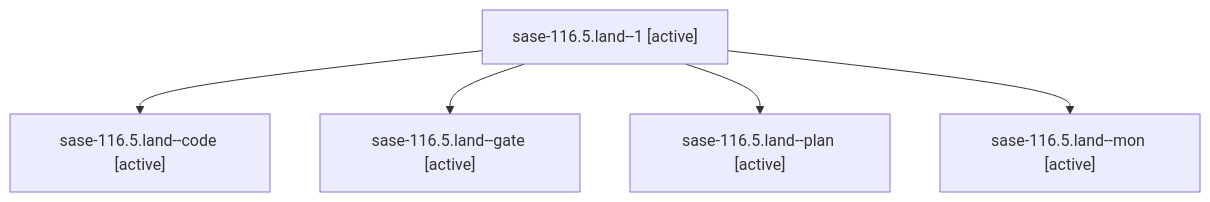
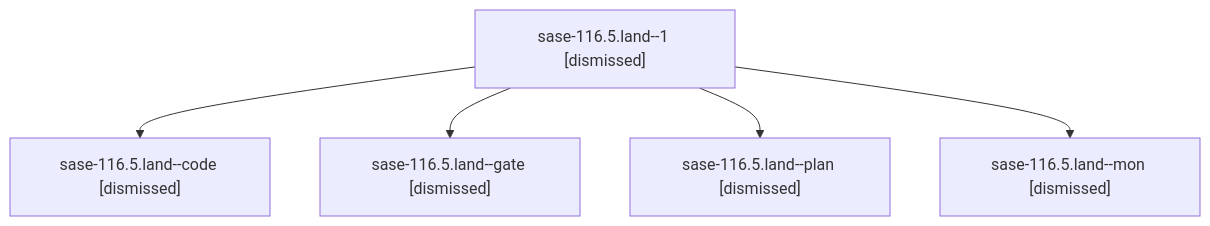
One commit to sase-org/sase--agents changed the diagram in sessions/bbugyi200.athena.sase-116.5.land.md. Above: the diagram before and after it, drawn with Mermaid. The commit also changed other lines of this file and 199 other files, not shown here.

````diff
--- a/sessions/bbugyi200.athena.sase-116.5.land.md
+++ b/sessions/bbugyi200.athena.sase-116.5.land.md
@@ -9,12 +9,12 @@
 ```mermaid
 flowchart TD
-  n0["sase-116.5.land--1 [active]"]
-  n1["sase-116.5.land--code [active]"]
+  n0["sase-116.5.land--1 [dismissed]"]
+  n1["sase-116.5.land--code [dismissed]"]
   n0 --> n1
-  n2["sase-116.5.land--gate [active]"]
+  n2["sase-116.5.land--gate [dismissed]"]
   n0 --> n2
-  n3["sase-116.5.land--plan [active]"]
+  n3["sase-116.5.land--plan [dismissed]"]
   n0 --> n3
-  n4["sase-116.5.land--mon [active]"]
+  n4["sase-116.5.land--mon [dismissed]"]
   n0 --> n4
 ```
````
